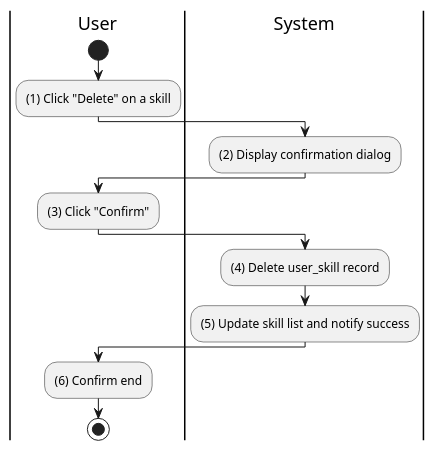
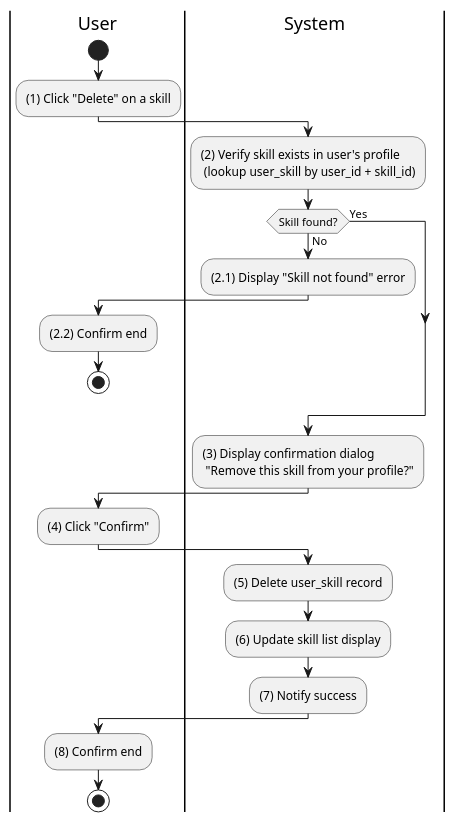
Before and after one commit to taskpilot-platform/taskpilot-platform.github.io: the diagram in docs/docs/activity/user-skills/delete-personal-skill.md, drawn with PlantUML. The commit also changed 14 other files, not shown here.

First line of the commit message:
feat(activity): expand batch 2 activity diagrams to ~40-50 lines

````diff
--- a/docs/docs/activity/user-skills/delete-personal-skill.md
+++ b/docs/docs/activity/user-skills/delete-personal-skill.md
@@ -3,25 +3,37 @@
 ```plantuml
 @startuml
 |U|User
 |S|System
 
 |U|
 start
 :(1) Click "Delete" on a skill;
 
 |S|
-:(2) Display confirmation dialog;
+:(2) Verify skill exists in user's profile \n (lookup user_skill by user_id + skill_id);
+
+if (Skill found?) then (No)
+  :(2.1) Display "Skill not found" error;
+  |U|
+  :(2.2) Confirm end;
+  stop
+else (Yes)
+endif
+
+|S|
+:(3) Display confirmation dialog \n "Remove this skill from your profile?";
 
 |U|
-:(3) Click "Confirm";
+:(4) Click "Confirm";
 
 |S|
-:(4) Delete user_skill record;
-:(5) Update skill list and notify success;
+:(5) Delete user_skill record;
+:(6) Update skill list display;
+:(7) Notify success;
 
 |U|
-:(6) Confirm end;
+:(8) Confirm end;
 
 stop
 @enduml
 ```
````
